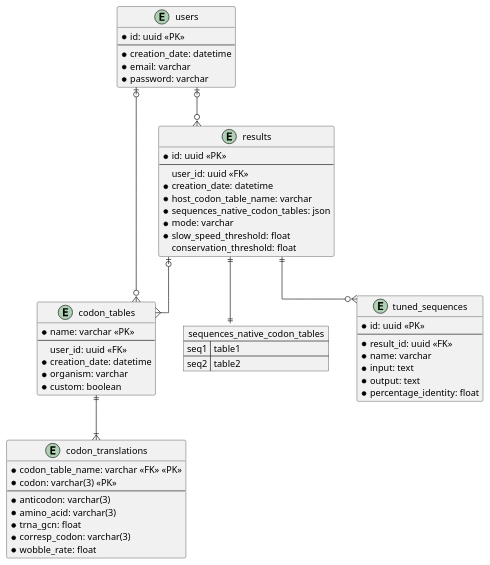
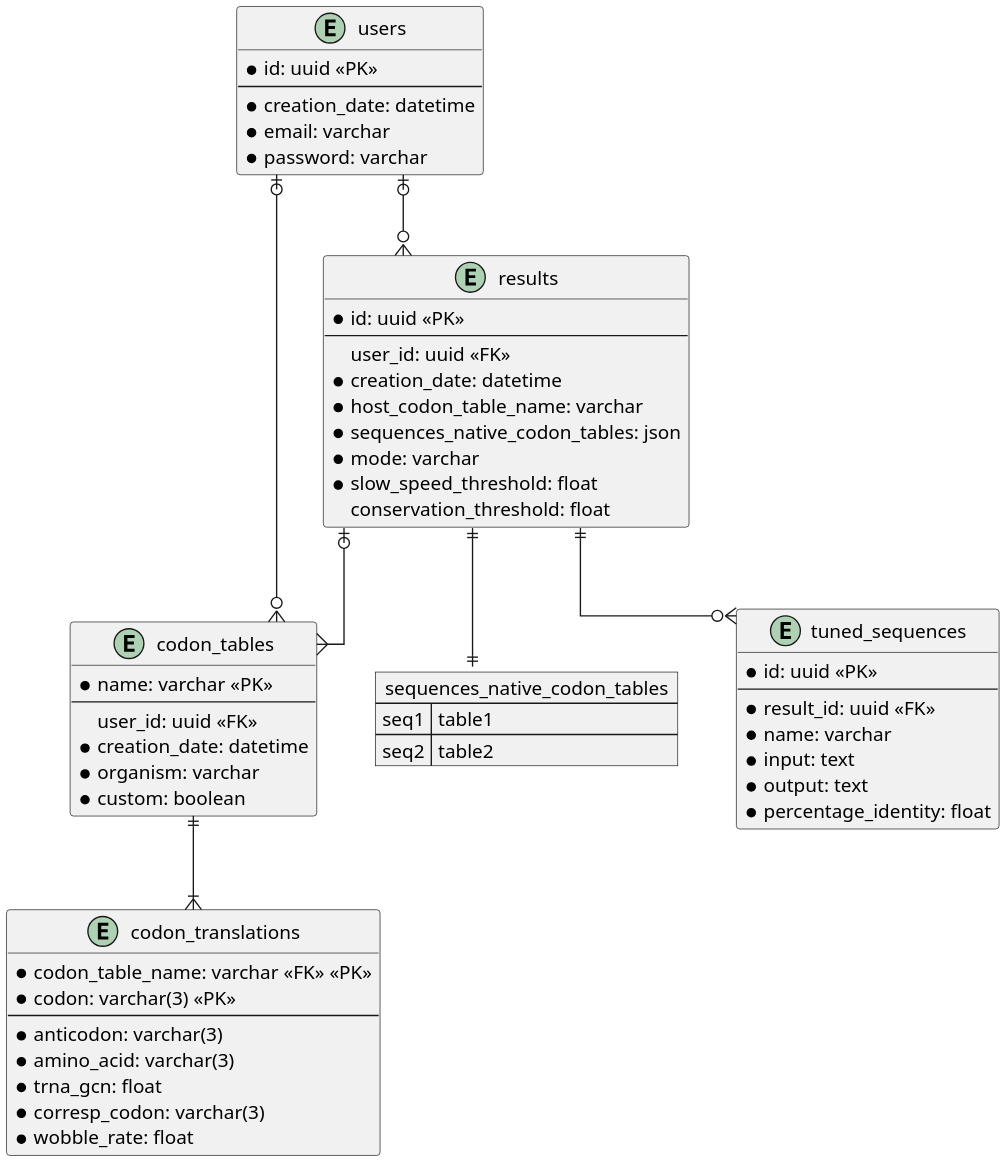
Before and after one commit to tbonnabaud/expressinhost_web: the diagram in db_schema.puml, drawn with PlantUML. The commit also changed 1 other file, not shown here.

Commit message:
Update dpi of schema

```diff
--- a/db_schema.puml
+++ b/db_schema.puml
@@ -1,74 +1,80 @@
 @startuml db_schema
 skinparam linetype ortho
+skinparam dpi 200
+
+' !theme amiga
+' left to right direction
+' skinparam BackgroundColor transparent
+' skinparam ClassBackgroundColor #1b212c
 
 entity users {
     * id: uuid <<PK>>
     --
     * creation_date: datetime
     * email: varchar
     * password: varchar
 }
 
 entity codon_tables {
     * name: varchar <<PK>>
     --
     user_id: uuid <<FK>>
     * creation_date: datetime
     * organism: varchar
     * custom: boolean
 }
 
 entity codon_translations {
     * codon_table_name: varchar <<FK>> <<PK>>
     * codon: varchar(3) <<PK>>
     --
     * anticodon: varchar(3)
     * amino_acid: varchar(3)
     * trna_gcn: float
     * corresp_codon: varchar(3)
     * wobble_rate: float
 }
 
 entity results {
     * id: uuid <<PK>>
     --
     user_id: uuid <<FK>>
     * creation_date: datetime
     * host_codon_table_name: varchar
     * sequences_native_codon_tables: json
     * mode: varchar
     * slow_speed_threshold: float
     conservation_threshold: float
 }
 
 json sequences_native_codon_tables {
     "seq1": "table1",
     "seq2": "table2"
 }
 
 ' entity results_native_codon_tables {
 '     * result_id: uuid <<PK>> <<FK>>
 '     * sequence_name: varchar <<PK>>
 '     * codon_table_name: varchar <<PK>> <<FK>>
 ' }
 ' note right: Many to many relationship\nfor native codon tables\nand sequence names
 
 entity tuned_sequences {
     * id: uuid <<PK>>
     --
     * result_id: uuid <<FK>>
     * name: varchar
     * input: text
     * output: text
     * percentage_identity: float
 }
 
 users |o--o{ results
 users |o--o{ codon_tables
 results ||--o{ tuned_sequences
 results |o--{ codon_tables
 results ||--|| sequences_native_codon_tables
 ' results }|--|{ results_native_codon_tables
 ' codon_tables }|--|{ results_native_codon_tables
 codon_tables ||--|{ codon_translations
 @enduml
```
